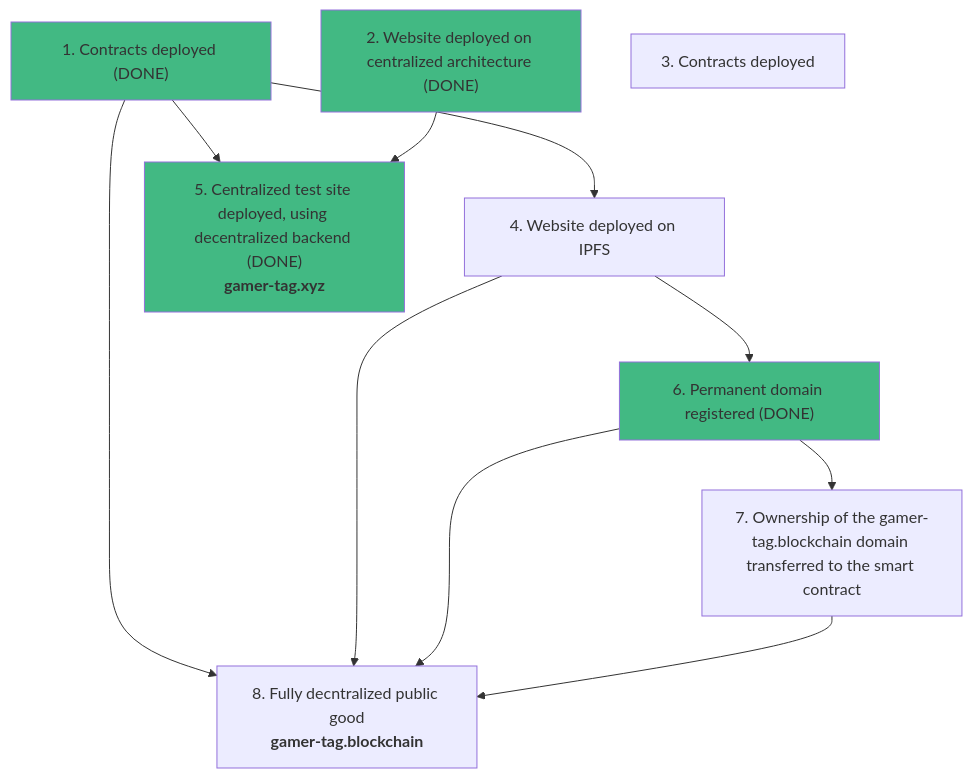
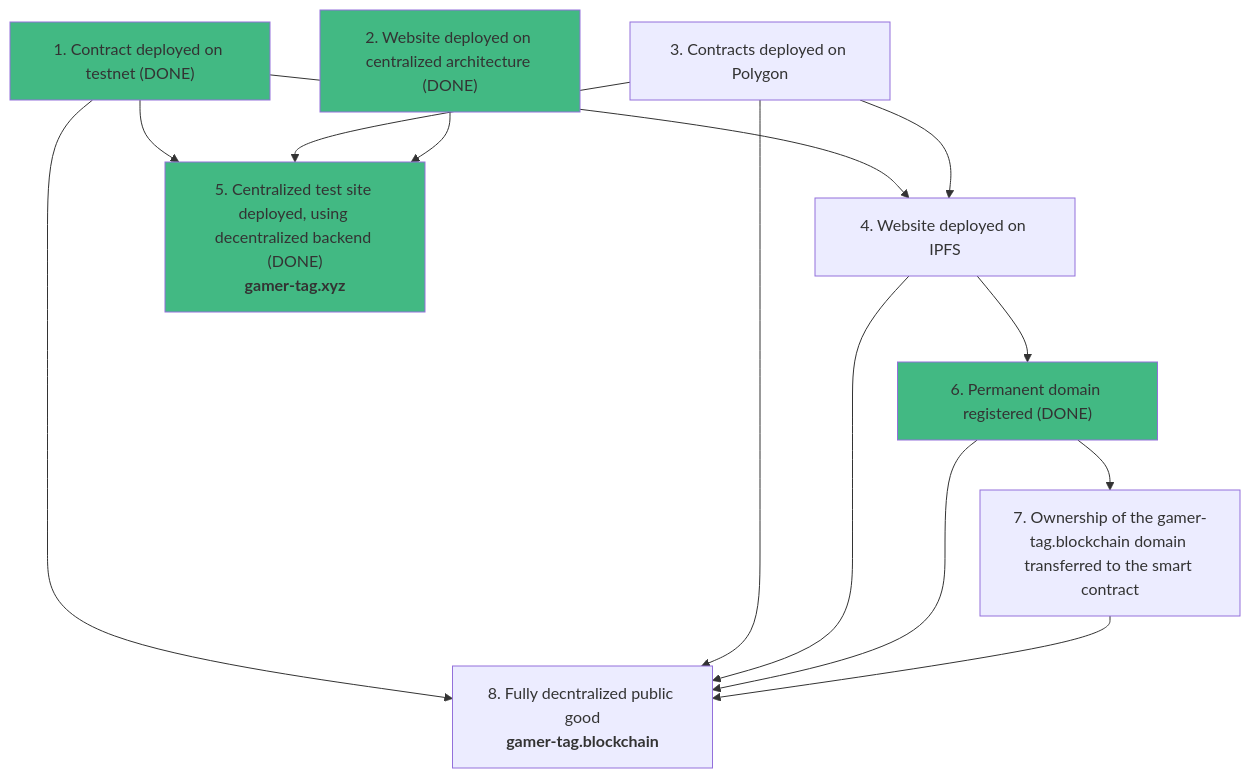
Before and after one commit to TerryJHarrison/gamer-tag: the diagram in README.md, drawn with Mermaid.

````diff
--- a/README.md
+++ b/README.md
@@ -9,27 +9,30 @@
 ```mermaid
 flowchart TD
-	testContract["1. Contracts deployed (DONE)"]
+	testContract["1. Contract deployed on testnet (DONE)"]
 	centralizedWeb["2. Website deployed on centralized architecture (DONE)"]
-	contract["3. Contracts deployed"]
+	contract["3. Contracts deployed on Polygon"]
 	decentralizedWeb["4. Website deployed on IPFS"]
 	centralizedTestSite["5. Centralized test site deployed, using decentralized backend (DONE)<br/><b>gamer-tag.xyz</b>"]
 	permanentDomain["6. Permanent domain registered (DONE)"]
 	noDomainOwner["7. Ownership of the gamer-tag.blockchain domain transferred to the smart contract"]
 	decentralizedApplication["8. Fully decntralized public good<br/><b>gamer-tag.blockchain</b>"]
 	
 	testContract --> centralizedTestSite
+	contract --> centralizedTestSite
 	centralizedWeb --> centralizedTestSite
 	
 	testContract --> decentralizedWeb
+	contract --> decentralizedWeb
 	decentralizedWeb --> permanentDomain --> noDomainOwner
 	
 	testContract --> decentralizedApplication
+	contract --> decentralizedApplication
 	decentralizedWeb --> decentralizedApplication
 	permanentDomain --> decentralizedApplication
 	noDomainOwner --> decentralizedApplication
 	
 	style testContract fill:#42b983
 	style centralizedWeb fill:#42b983
 	style centralizedTestSite fill:#42b983
 	style permanentDomain fill:#42b983
 ```
````
